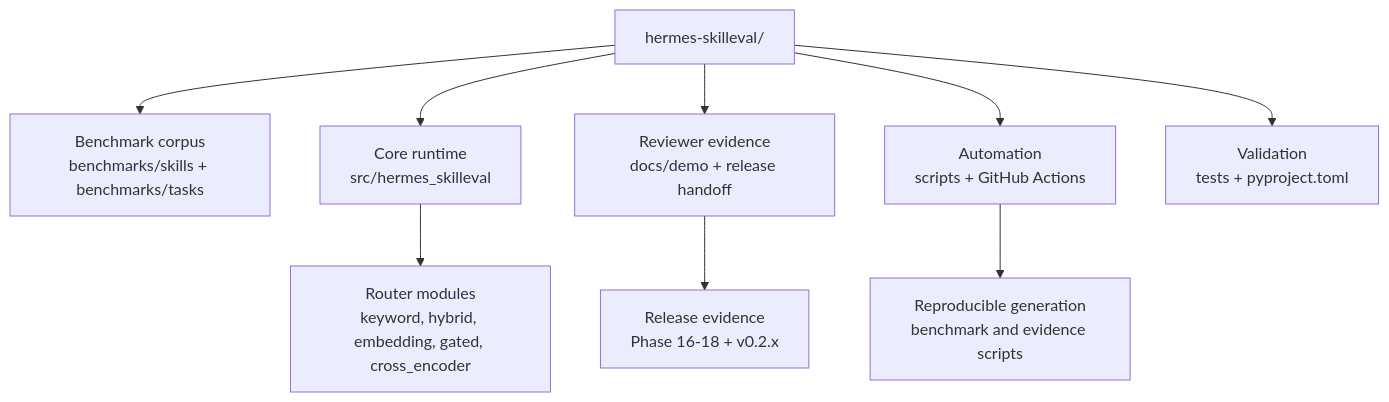
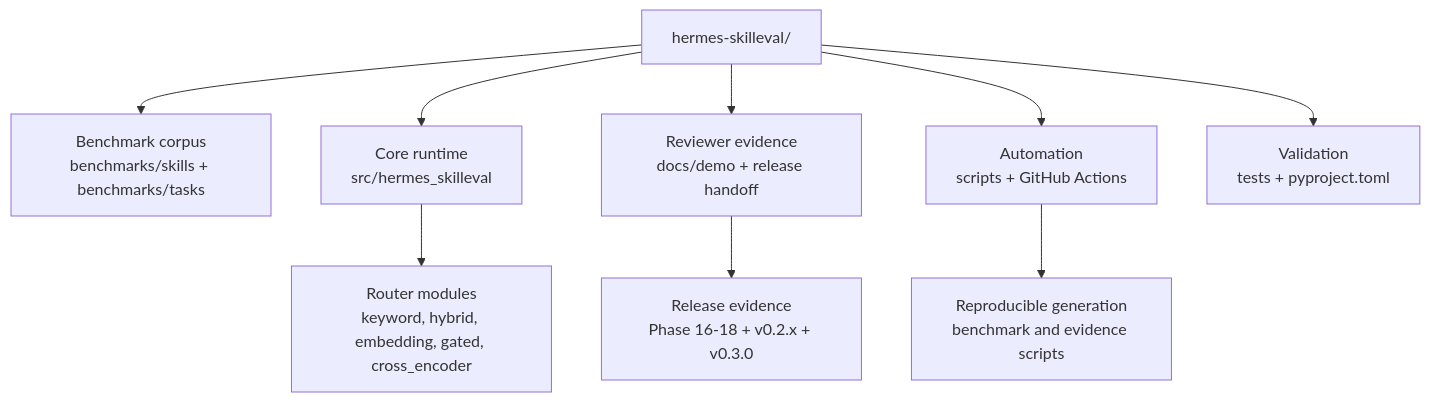
Before and after one commit to Raidriar7170/hermes-skilleval: the second of 2 diagrams in README.md, drawn with Mermaid. The commit also changed other lines of this file and 4 other files, not shown here.

````diff
--- a/README.md
+++ b/README.md
@@ -225,13 +226,13 @@
 ```mermaid
 flowchart TD
     repo["hermes-skilleval/"]
     repo --> corpus["Benchmark corpus<br/>benchmarks/skills + benchmarks/tasks"]
     repo --> runtime["Core runtime<br/>src/hermes_skilleval"]
     repo --> evidence["Reviewer evidence<br/>docs/demo + release handoff"]
     repo --> automation["Automation<br/>scripts + GitHub Actions"]
     repo --> validation["Validation<br/>tests + pyproject.toml"]
 
     runtime --> routers["Router modules<br/>keyword, hybrid, embedding, gated, cross_encoder"]
-    evidence --> release["Release evidence<br/>Phase 16-18 + v0.2.x"]
+    evidence --> release["Release evidence<br/>Phase 16-18 + v0.2.x + v0.3.0"]
     automation --> regeneration["Reproducible generation<br/>benchmark and evidence scripts"]
 ```
````
